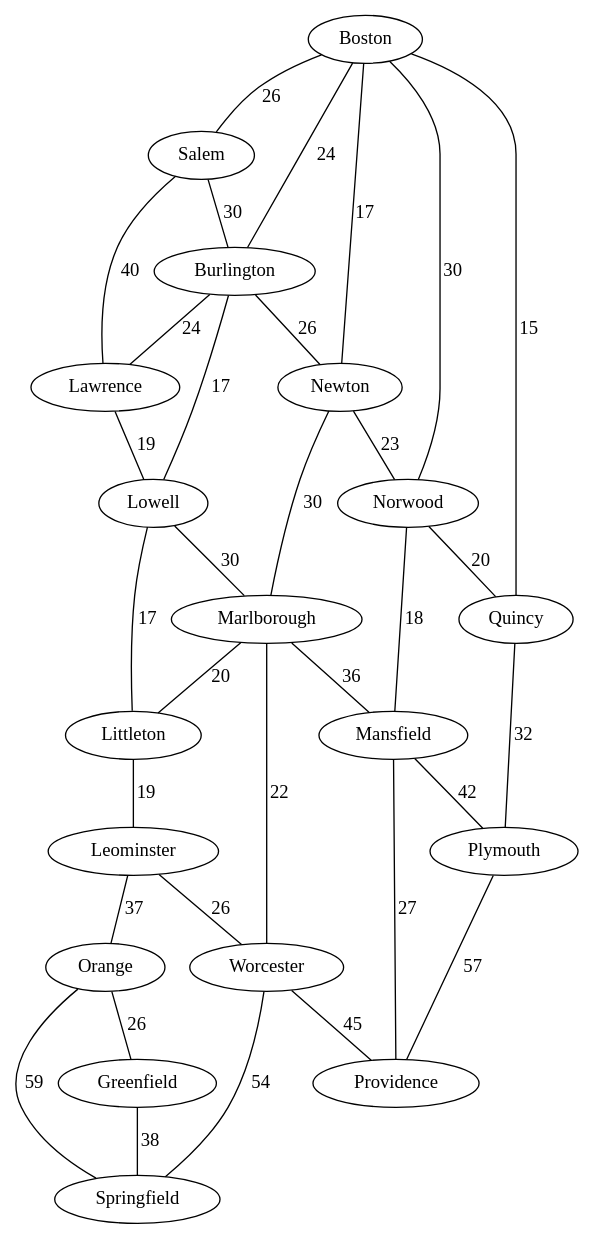
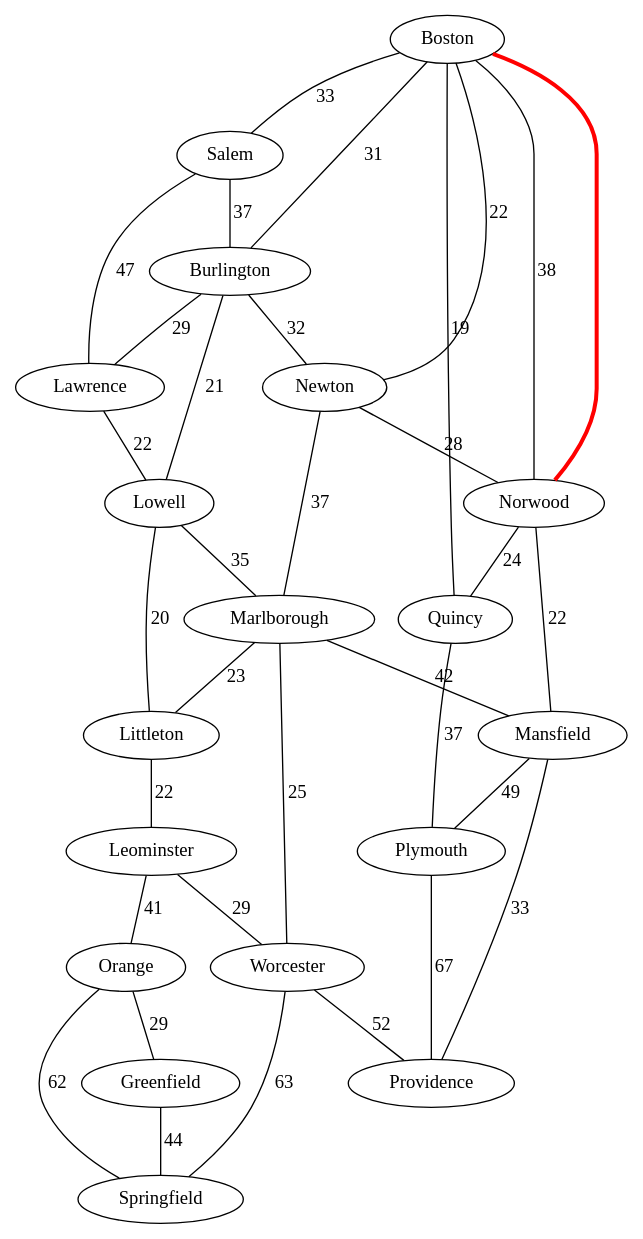
The diagram in graph.dot (Ryder-Oonster/Algorithms_FinalGroupProject), drawn with Graphviz before and after one commit. The commit also changed 20 other files, not shown here.

```diff
--- a/graph.dot
+++ b/graph.dot
@@ -1,36 +1,37 @@
 graph DijkstraGraph {
-  Boston -- Salem [label="26"];
-  Boston -- Burlington [label="24"];
-  Boston -- Newton [label="17"];
-  Boston -- Norwood [label="30"];
-  Boston -- Quincy [label="15"];
-  Salem -- Burlington [label="30"];
-  Salem -- Lawrence [label="40"];
-  Burlington -- Newton [label="26"];
-  Burlington -- Lawrence [label="24"];
-  Burlington -- Lowell [label="17"];
-  Newton -- Norwood [label="23"];
-  Newton -- Marlborough [label="30"];
-  Norwood -- Quincy [label="20"];
-  Norwood -- Mansfield [label="18"];
-  Quincy -- Plymouth [label="32"];
-  Lawrence -- Lowell [label="19"];
-  Lowell -- Marlborough [label="30"];
-  Lowell -- Littleton [label="17"];
-  Marlborough -- Mansfield [label="36"];
-  Marlborough -- Littleton [label="20"];
-  Marlborough -- Worcester [label="22"];
-  Mansfield -- Plymouth [label="42"];
-  Mansfield -- Providence [label="27"];
-  Plymouth -- Providence [label="57"];
-  Littleton -- Leominster [label="19"];
-  Leominster -- Worcester [label="26"];
-  Leominster -- Orange [label="37"];
-  Worcester -- Providence [label="45"];
-  Worcester -- Springfield [label="54"];
-  Orange -- Greenfield [label="26"];
-  Orange -- Springfield [label="59"];
-  Greenfield -- Springfield [label="38"];
+  Boston -- Salem [label="33"];
+  Boston -- Burlington [label="31"];
+  Boston -- Newton [label="22"];
+  Boston -- Norwood [label="38"];
+  Boston -- Quincy [label="19"];
+  Salem -- Burlington [label="37"];
+  Salem -- Lawrence [label="47"];
+  Burlington -- Newton [label="32"];
+  Burlington -- Lawrence [label="29"];
+  Burlington -- Lowell [label="21"];
+  Newton -- Norwood [label="28"];
+  Newton -- Marlborough [label="37"];
+  Norwood -- Quincy [label="24"];
+  Norwood -- Mansfield [label="22"];
+  Quincy -- Plymouth [label="37"];
+  Lawrence -- Lowell [label="22"];
+  Lowell -- Marlborough [label="35"];
+  Lowell -- Littleton [label="20"];
+  Marlborough -- Mansfield [label="42"];
+  Marlborough -- Littleton [label="23"];
+  Marlborough -- Worcester [label="25"];
+  Mansfield -- Plymouth [label="49"];
+  Mansfield -- Providence [label="33"];
+  Plymouth -- Providence [label="67"];
+  Littleton -- Leominster [label="22"];
+  Leominster -- Worcester [label="29"];
+  Leominster -- Orange [label="41"];
+  Worcester -- Providence [label="52"];
+  Worcester -- Springfield [label="63"];
+  Orange -- Greenfield [label="29"];
+  Orange -- Springfield [label="62"];
+  Greenfield -- Springfield [label="44"];
 
   // Highlight the optimal path
+  Boston -- Norwood [color=red, penwidth=3.0];
 }
```
